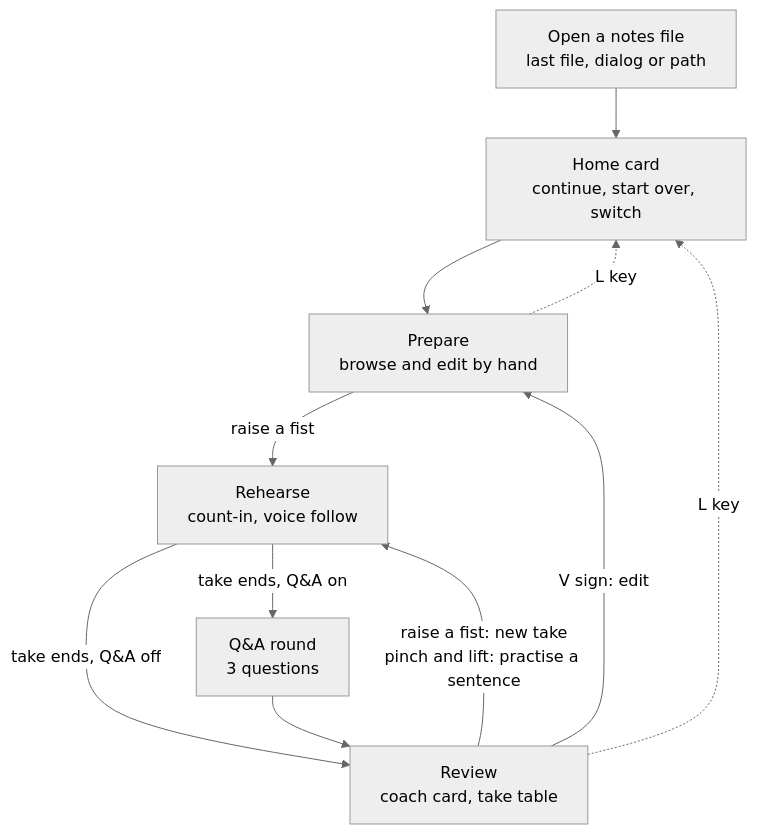
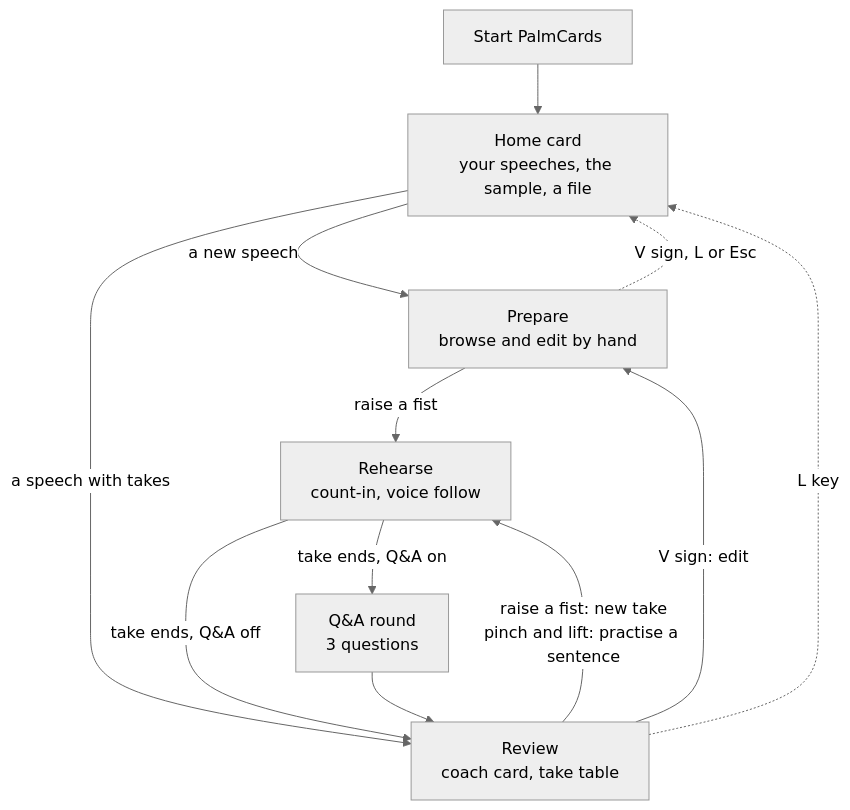
The first of 2 diagrams in README.md (scienseize/Palmcards), drawn with Mermaid (neutral theme) before and after one commit. The commit also changed other lines of this file, not shown here.

````diff
--- a/README.md
+++ b/README.md
@@ -15,13 +15,14 @@
 ```mermaid
 flowchart TD
-    open["Open a notes file<br/>last file, dialog or path"] --> home["Home card<br/>continue, start over, switch"]
-    home --> prepare["Prepare<br/>browse and edit by hand"]
+    open["Start PalmCards"] --> home["Home card<br/>your speeches, the sample, a file"]
+    home -- "a new speech" --> prepare["Prepare<br/>browse and edit by hand"]
+    home -- "a speech with takes" --> review
     prepare -- "raise a fist" --> rehearse["Rehearse<br/>count-in, voice follow"]
     rehearse -- "take ends, Q&A on" --> qa["Q&A round<br/>3 questions"]
     rehearse -- "take ends, Q&A off" --> review["Review<br/>coach card, take table"]
     qa --> review
     review -- "raise a fist: new take<br/>pinch and lift: practise a sentence" --> rehearse
     review -- "V sign: edit" --> prepare
-    prepare -. "L key" .-> home
+    prepare -. "V sign, L or Esc" .-> home
     review -. "L key" .-> home
 ```
````
